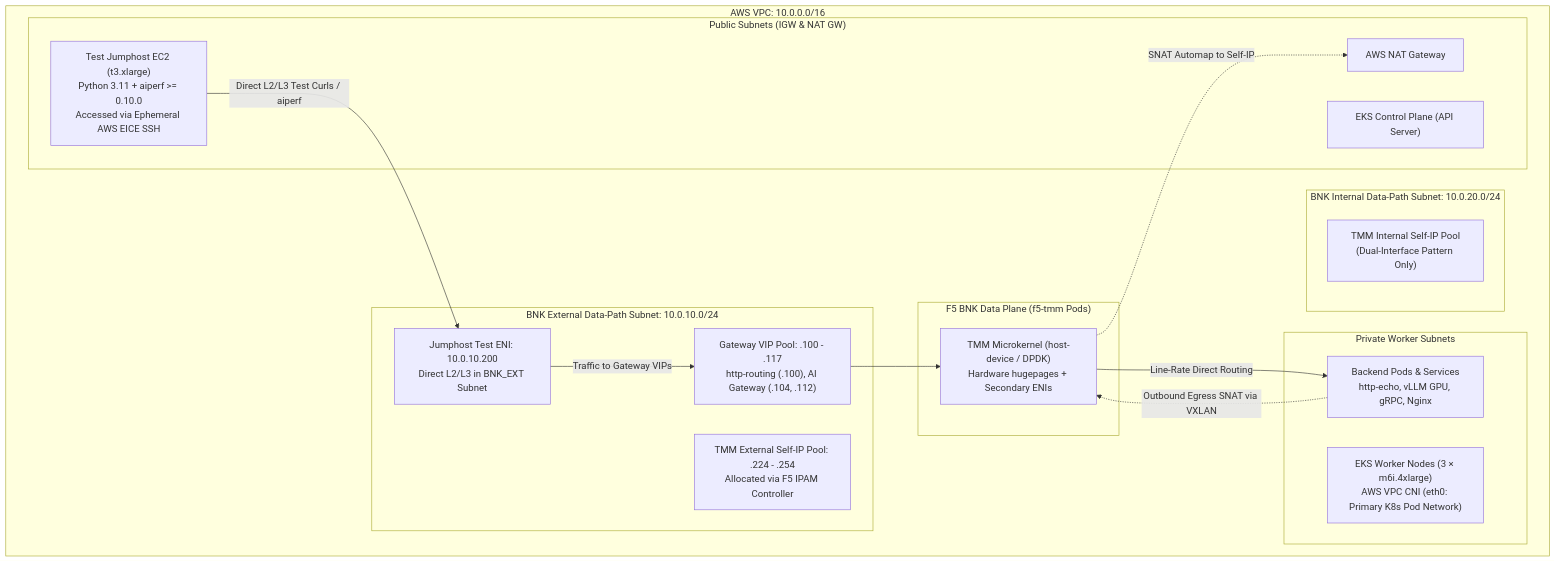
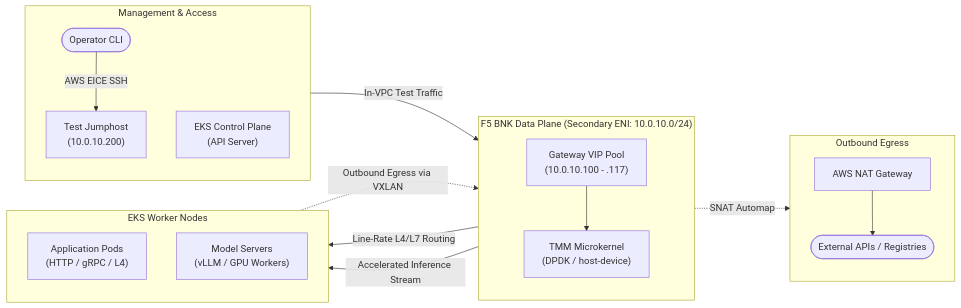
Before and after one commit to JLCode-tech/awsbnkctl: the first of 4 diagrams in README.md, drawn with Mermaid. The commit also changed other lines of this file and 2 other files, not shown here.

Commit message:
docs: modernize diagrams and remove sales jargon

````diff
--- a/README.md
+++ b/README.md
@@ -49,36 +57,34 @@
 ```mermaid
-flowchart TD
-    subgraph VPC["AWS VPC: 10.0.0.0/16"]
-        subgraph PublicSubnets["Public Subnets (IGW & NAT GW)"]
-            EKS_CP["EKS Control Plane (API Server)"]
-            NAT_GW["AWS NAT Gateway"]
-            JH["Test Jumphost EC2 (t3.xlarge)<br/>Python 3.11 + aiperf >= 0.10.0<br/>Accessed via Ephemeral AWS EICE SSH"]
-        end
-
-        subgraph PrivateSubnets["Private Worker Subnets"]
-            EKS_Nodes["EKS Worker Nodes (3 × m6i.4xlarge)<br/>AWS VPC CNI (eth0: Primary K8s Pod Network)"]
-            Pods["Backend Pods & Services<br/>http-echo, vLLM GPU, gRPC, Nginx"]
-        end
-
-        subgraph BNK_Ext["BNK External Data-Path Subnet: 10.0.10.0/24"]
-            VIP_Pool["Gateway VIP Pool: .100 - .117<br/>http-routing (.100), AI Gateway (.104, .112)"]
-            SelfIP_Ext["TMM External Self-IP Pool: .224 - .254<br/>Allocated via F5 IPAM Controller"]
-            JH_ENI["Jumphost Test ENI: 10.0.10.200<br/>Direct L2/L3 in BNK_EXT Subnet"]
-        end
-
-        subgraph BNK_Int["BNK Internal Data-Path Subnet: 10.0.20.0/24"]
-            SelfIP_Int["TMM Internal Self-IP Pool<br/>(Dual-Interface Pattern Only)"]
-        end
-
-        subgraph TMM_Core["F5 BNK Data Plane (f5-tmm Pods)"]
-            TMM["TMM Microkernel (host-device / DPDK)<br/>Hardware hugepages + Secondary ENIs"]
-        end
+flowchart LR
+    subgraph Mgmt["Management & Access"]
+        direction TB
+        CLI([Operator CLI]) -->|AWS EICE SSH| Jumphost["Test Jumphost<br/>(10.0.10.200)"]
+        K8sAPI["EKS Control Plane<br/>(API Server)"]
     end
 
-    JH -->|Direct L2/L3 Test Curls / aiperf| JH_ENI
-    JH_ENI -->|Traffic to Gateway VIPs| VIP_Pool
-    VIP_Pool --> TMM
-    TMM -->|Line-Rate Direct Routing| Pods
-    Pods -.->|Outbound Egress SNAT via VXLAN| TMM
-    TMM -.->|SNAT Automap to Self-IP| NAT_GW
+    subgraph BNK["F5 BNK Data Plane (Secondary ENI: 10.0.10.0/24)"]
+        direction TB
+        VIP["Gateway VIP Pool<br/>(10.0.10.100 - .117)"]
+        TMM["TMM Microkernel<br/>(DPDK / host-device)"]
+        VIP --> TMM
+    end
+
+    subgraph Workloads["EKS Worker Nodes"]
+        direction TB
+        AppPods["Application Pods<br/>(HTTP / gRPC / L4)"]
+        ModelPods["Model Servers<br/>(vLLM / GPU Workers)"]
+    end
+
+    subgraph Egress["Outbound Egress"]
+        direction TB
+        NAT["AWS NAT Gateway"]
+        Internet([External APIs / Registries])
+        NAT --> Internet
+    end
+
+    Jumphost -->|In-VPC Test Traffic| VIP
+    TMM -->|Line-Rate L4/L7 Routing| AppPods
+    TMM -->|Accelerated Inference Stream| ModelPods
+    AppPods -.->|Outbound Egress via VXLAN| TMM
+    TMM -.->|SNAT Automap| NAT
 ```
````
